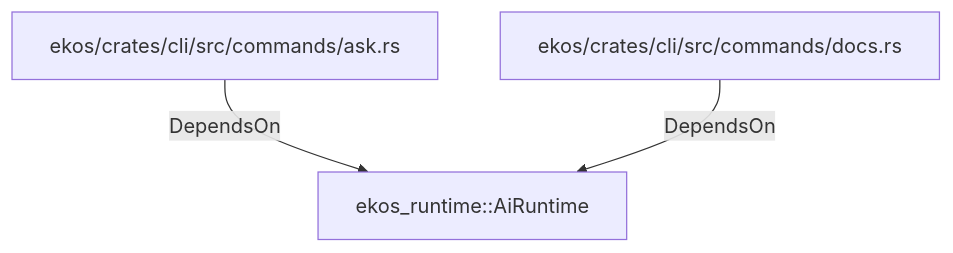
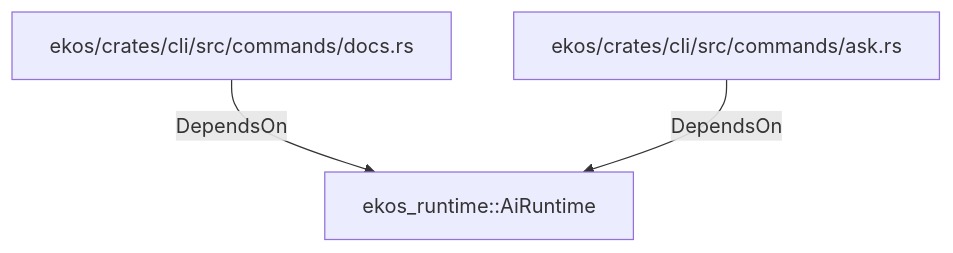
The diagram in doc/entities/rustmodule/ek/ekos-runtime-airuntime.md (alexeyban/EKOS), drawn with Mermaid before and after one commit. The commit also changed other lines of this file and 552 other files, not shown here.

````diff
--- a/doc/entities/rustmodule/ek/ekos-runtime-airuntime.md
+++ b/doc/entities/rustmodule/ek/ekos-runtime-airuntime.md
@@ -16,8 +16,8 @@
 ```mermaid
 graph TD
     nef2f403123a05aa7a49c5b967ce9d440["ekos_runtime::AiRuntime"]
+    n5503d15b112f541f81898be05a060beb["ekos/crates/cli/src/commands/docs.rs"]
+    n5503d15b112f541f81898be05a060beb -->|DependsOn| nef2f403123a05aa7a49c5b967ce9d440
     ne7e75efa39cb5182b0562fd16dfdc739["ekos/crates/cli/src/commands/ask.rs"]
     ne7e75efa39cb5182b0562fd16dfdc739 -->|DependsOn| nef2f403123a05aa7a49c5b967ce9d440
-    n5503d15b112f541f81898be05a060beb["ekos/crates/cli/src/commands/docs.rs"]
-    n5503d15b112f541f81898be05a060beb -->|DependsOn| nef2f403123a05aa7a49c5b967ce9d440
 ```
````
